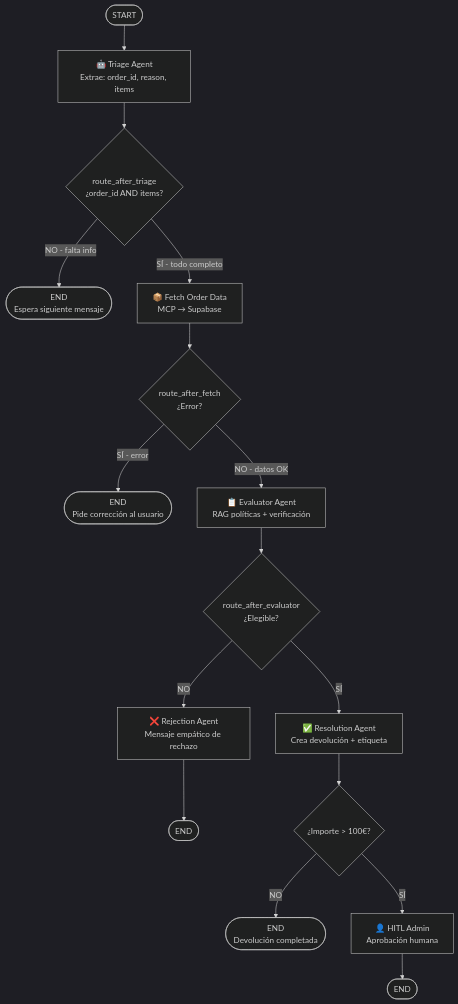
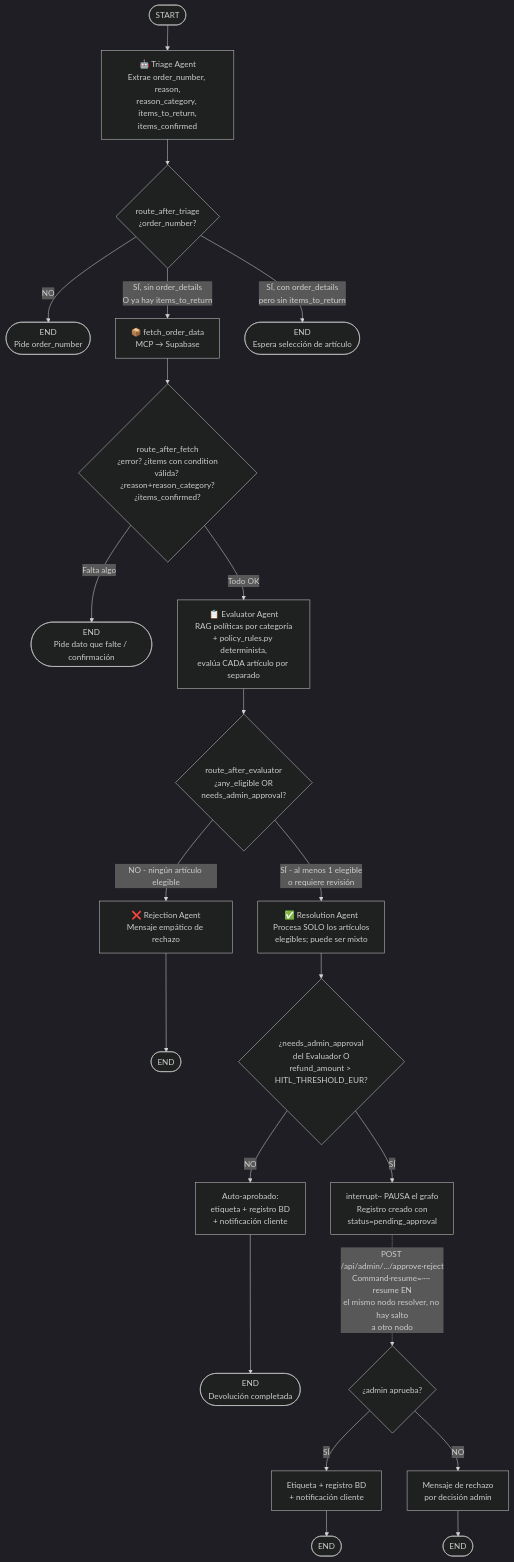
Before and after one commit to ReFlowTFMGrupo11/CopilotPosventaAutonoGestInteligenteDevolucion: the first of 3 diagrams in docs/graph_diagram.md, drawn with Mermaid (dark theme). The commit also changed other lines of this file and 1 other file, not shown here.

Commit message:
actualizados graf_diagram-md y ER_diagram

````diff
--- a/docs/graph_diagram.md
+++ b/docs/graph_diagram.md
@@ -5,27 +10,33 @@
 ```mermaid
 graph TD
-    START([START]) --> TRIAGE[🤖 Triage Agent<br/>Extrae: order_id, reason, items]
-    
-    TRIAGE --> ROUTE_T{route_after_triage<br/>¿order_id AND items?}
-    
-    ROUTE_T -->|NO - falta info| END_WAIT([END<br/>Espera siguiente mensaje])
-    ROUTE_T -->|SÍ - todo completo| FETCH[📦 Fetch Order Data<br/>MCP → Supabase]
-    
-    FETCH --> ROUTE_F{route_after_fetch<br/>¿Error?}
-    
-    ROUTE_F -->|SÍ - error| END_ERR([END<br/>Pide corrección al usuario])
-    ROUTE_F -->|NO - datos OK| EVAL[📋 Evaluator Agent<br/>RAG políticas + verificación]
-    
-    EVAL --> ROUTE_E{route_after_evaluator<br/>¿Elegible?}
-    
-    ROUTE_E -->|NO| REJECT[❌ Rejection Agent<br/>Mensaje empático de rechazo]
-    ROUTE_E -->|SÍ| RESOLVER[✅ Resolution Agent<br/>Crea devolución + etiqueta]
-    
+    START([START]) --> TRIAGE[🤖 Triage Agent<br/>Extrae order_number, reason,<br/>reason_category, items_to_return,<br/>items_confirmed]
+
+    TRIAGE --> ROUTE_T{route_after_triage<br/>¿order_number?}
+    ROUTE_T -->|NO| END_WAIT1([END<br/>Pide order_number])
+    ROUTE_T -->|SÍ, sin order_details<br/>O ya hay items_to_return| FETCH[📦 fetch_order_data<br/>MCP → Supabase]
+    ROUTE_T -->|SÍ, con order_details<br/>pero sin items_to_return| END_WAIT2([END<br/>Espera selección de artículo])
+
+    FETCH --> ROUTE_F{route_after_fetch<br/>¿error? ¿items con condition<br/>válida? ¿reason+reason_category?<br/>¿items_confirmed?}
+
+    ROUTE_F -->|Falta algo| END_WAIT3([END<br/>Pide dato que falte / confirmación])
+    ROUTE_F -->|Todo OK| EVAL[📋 Evaluator Agent<br/>RAG políticas por categoría<br/>+ policy_rules.py determinista,<br/>evalúa CADA artículo por separado]
+
+    EVAL --> ROUTE_E{route_after_evaluator<br/>¿any_eligible OR<br/>needs_admin_approval?}
+
+    ROUTE_E -->|NO - ningún artículo elegible| REJECT[❌ Rejection Agent<br/>Mensaje empático de rechazo]
+    ROUTE_E -->|SÍ - al menos 1 elegible<br/>o requiere revisión| RESOLVER[✅ Resolution Agent<br/>Procesa SOLO los artículos<br/>elegibles; puede ser mixto]
+
     REJECT --> END_R([END])
-    
-    RESOLVER --> ROUTE_HITL{¿Importe > 100€?}
-    ROUTE_HITL -->|NO| END_OK([END<br/>Devolución completada])
-    ROUTE_HITL -->|SÍ| HITL[👤 HITL Admin<br/>Aprobación humana]
-    
-    HITL --> END_HITL([END])
+
+    RESOLVER --> HITL_CHECK{¿needs_admin_approval<br/>del Evaluador O<br/>refund_amount > HITL_THRESHOLD_EUR?}
+
+    HITL_CHECK -->|NO| AUTO[Auto-aprobado:<br/>etiqueta + registro BD<br/>+ notificación cliente]
+    AUTO --> END_OK([END<br/>Devolución completada])
+
+    HITL_CHECK -->|SÍ| INTERRUPT[interrupt·· PAUSA el grafo<br/>Registro creado con<br/>status=pending_approval]
+    INTERRUPT -.->|"POST /api/admin/.../approve·reject<br/>Command·resume=···· resume EN<br/>el mismo nodo resolver, no hay salto<br/>a otro nodo"| RESUME{¿admin aprueba?}
+    RESUME -->|SÍ| AUTO2[Etiqueta + registro BD<br/>+ notificación cliente]
+    RESUME -->|NO| REJECT2[Mensaje de rechazo<br/>por decisión admin]
+    AUTO2 --> END_HITL_OK([END])
+    REJECT2 --> END_HITL_REJ([END])
 ```
````
